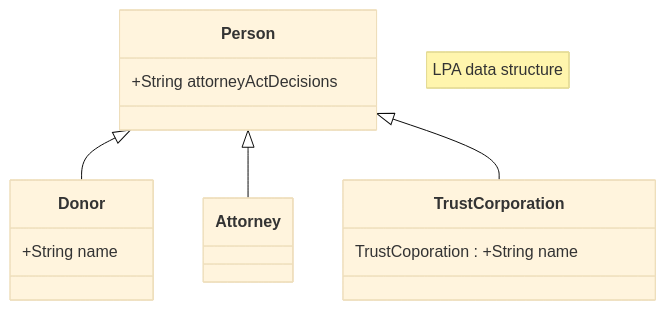
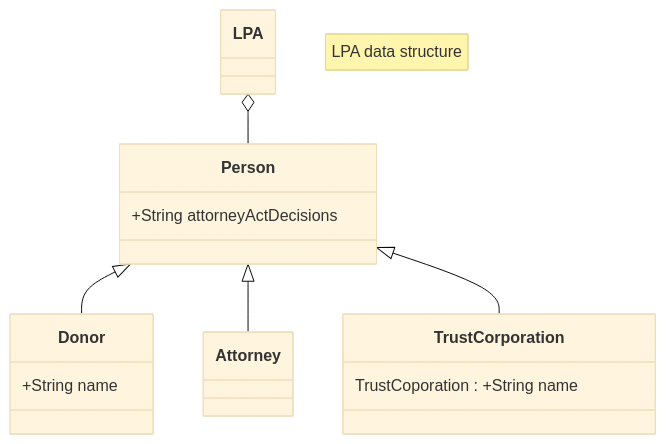
Before and after one commit to ministryofjustice/opg-use-an-lpa: the diagram in docs/architecture/decisions/0023-lpa-data-format.md, drawn with Mermaid (base theme).

Commit message:
add LPA relationship to diag

````diff
--- a/docs/architecture/decisions/0023-lpa-data-format.md
+++ b/docs/architecture/decisions/0023-lpa-data-format.md
@@ -107,17 +107,20 @@
 ```mermaid
 classDiagram
     note "LPA data structure"
+    LPA o-- Person
     Person <|-- Donor
     Person <|-- Attorney
     Person <|-- TrustCorporation
     Person : +String attorneyActDecisions
+    class LPA{
+    }
     class Donor{
         +String name
     }
     class Attorney{
     }
     class TrustCorporation{
         TrustCoporation : +String name
     }
 end
 ```
````
